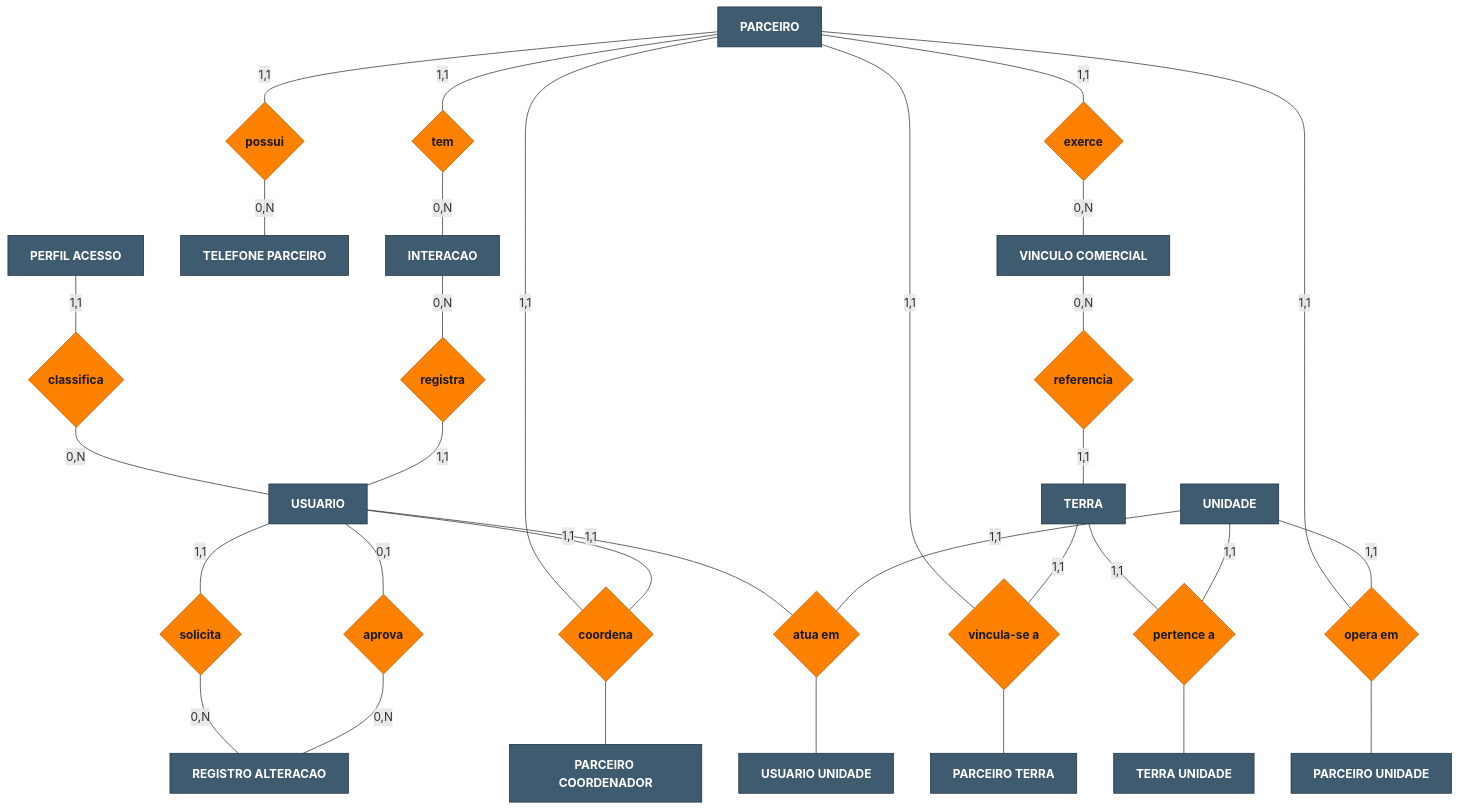
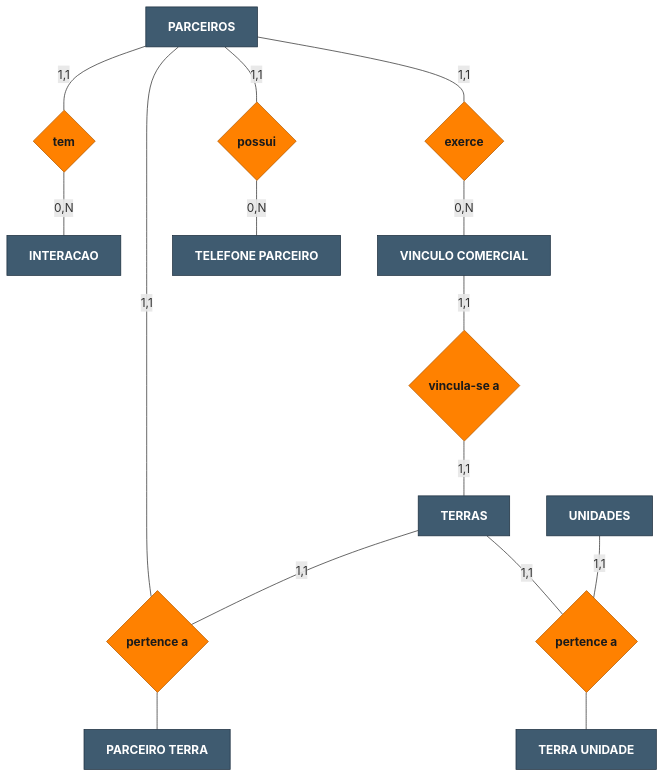
Before and after one commit to williamjrmaia/M-dulo-2---Aplica-o-Web-Atvos-: the first of 4 diagrams in documentos/wad.md, drawn with Mermaid. The commit also changed other lines of this file, not shown here.

````diff
--- a/documentos/wad.md
+++ b/documentos/wad.md
@@ -1162,58 +1161,32 @@
 ```mermaid
 flowchart TB
     classDef entity fill:#3F5B70,stroke:#1e3040,color:#fff,font-weight:bold
     classDef rel fill:#FF8100,stroke:#b35a00,color:#1a1a1a,font-weight:bold
 
-    PERF[PERFIL ACESSO]:::entity
-    USUA[USUARIO]:::entity
-    UNID[UNIDADE]:::entity
-    PARC[PARCEIRO]:::entity
-    TELEF[TELEFONE PARCEIRO]:::entity
+    PARC[PARCEIROS]:::entity
     INTER[INTERACAO]:::entity
     VINC[VINCULO COMERCIAL]:::entity
-    TERR[TERRA]:::entity
+    TERR[TERRAS]:::entity
     PT[PARCEIRO TERRA]:::entity
+    UNID[UNIDADES]:::entity
     TU[TERRA UNIDADE]:::entity
-    RA[REGISTRO ALTERACAO]:::entity
-    PCOORD[PARCEIRO COORDENADOR]:::entity
-    PUNID[PARCEIRO UNIDADE]:::entity
-    UUNID[USUARIO UNIDADE]:::entity
+    TEL[TELEFONE PARCEIRO]:::entity
 
-    Rclass{classifica}:::rel
     Rtem{tem}:::rel
-    Rtelef{possui}:::rel
-    Rreg{registra}:::rel
+    Rtel{possui}:::rel
     Rexerce{exerce}:::rel
-    Rvt{referencia}:::rel
     Rvinc{vincula-se a}:::rel
-    Rtunid{pertence a}:::rel
-    Rsol{solicita}:::rel
-    Rapr{aprova}:::rel
-    Rcoord{coordena}:::rel
-    Ropun{opera em}:::rel
-    Ratun{atua em}:::rel
+    Rpert{pertence a}:::rel
+    Rtu{pertence a}:::rel
 
-    PERF -- "1,1" --- Rclass -- "0,N" --- USUA
     PARC -- "1,1" --- Rtem -- "0,N" --- INTER
-    INTER -- "0,N" --- Rreg -- "1,1" --- USUA
-    PARC -- "1,1" --- Rtelef -- "0,N" --- TELEF
+    PARC -- "1,1" --- Rtel -- "0,N" --- TEL
     PARC -- "1,1" --- Rexerce -- "0,N" --- VINC
-    VINC -- "0,N" --- Rvt -- "1,1" --- TERR
-    PARC -- "1,1" --- Rvinc
-    TERR -- "1,1" --- Rvinc
-    Rvinc --- PT
-    TERR -- "1,1" --- Rtunid
-    UNID -- "1,1" --- Rtunid
-    Rtunid --- TU
-    USUA -- "1,1" --- Rsol -- "0,N" --- RA
-    USUA -- "0,1" --- Rapr -- "0,N" --- RA
-    PARC -- "1,1" --- Rcoord
-    USUA -- "1,1" --- Rcoord
-    Rcoord --- PCOORD
-    PARC -- "1,1" --- Ropun
-    UNID -- "1,1" --- Ropun
-    Ropun --- PUNID
-    USUA -- "1,1" --- Ratun
-    UNID -- "1,1" --- Ratun
-    Ratun --- UUNID
+    VINC -- "1,1" --- Rvinc -- "1,1" --- TERR
+    PARC -- "1,1" --- Rpert
+    TERR -- "1,1" --- Rpert
+    Rpert --- PT
+    TERR -- "1,1" --- Rtu
+    UNID -- "1,1" --- Rtu
+    Rtu --- TU
 ```
````
